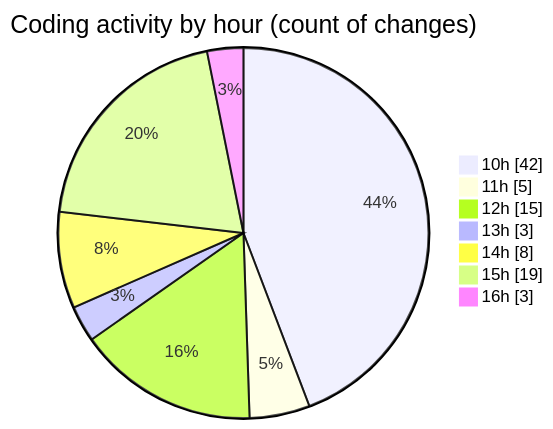
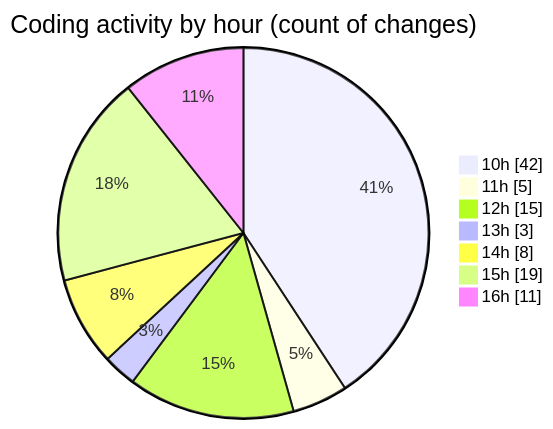
The second of 2 diagrams in 2025-08-04/nxtqube_webapp/README.md (nxtqubesakshisongat/code-tracking), drawn with Mermaid before and after one commit. The commit also changed other lines of this file and 1 other file, not shown here.

````diff
--- a/2025-08-04/nxtqube_webapp/README.md
+++ b/2025-08-04/nxtqube_webapp/README.md
@@ -37,11 +37,11 @@
 ```mermaid
 pie showData
 title Coding activity by hour (count of changes)
 "10h" : 42
 "11h" : 5
 "12h" : 15
 "13h" : 3
 "14h" : 8
 "15h" : 19
-"16h" : 3
+"16h" : 11
 ```
````
